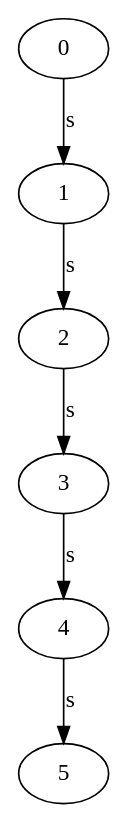
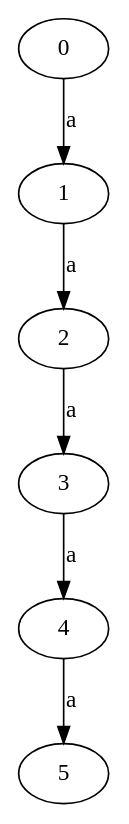
One commit to aochernov/FormalLanguages-Graphs changed the diagram in UnitTests/graphs/Sequence.dot. Above: the diagram before and after it, drawn with Graphviz. The commit also changed 16 other files, not shown here.

```diff
--- a/UnitTests/graphs/Sequence.dot
+++ b/UnitTests/graphs/Sequence.dot
@@ -1,14 +1,14 @@
 digraph g {
 0;
 1;
 2;
 3;
 4;
 5;
 
-0 -> 1 [label = "s"]
-1 -> 2 [label = "s"]
-2 -> 3 [label = "s"]
-3 -> 4 [label = "s"]
-4 -> 5 [label = "s"]
+0 -> 1 [label = "a"]
+1 -> 2 [label = "a"]
+2 -> 3 [label = "a"]
+3 -> 4 [label = "a"]
+4 -> 5 [label = "a"]
 }
```
